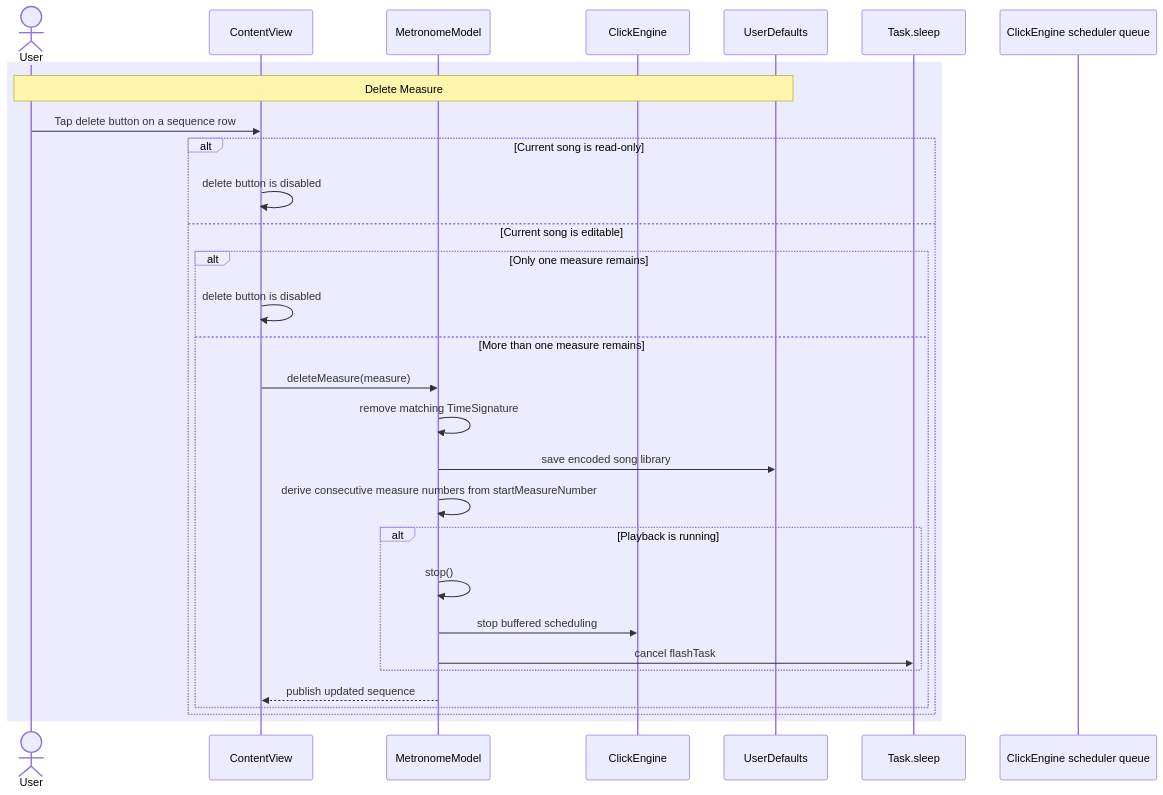
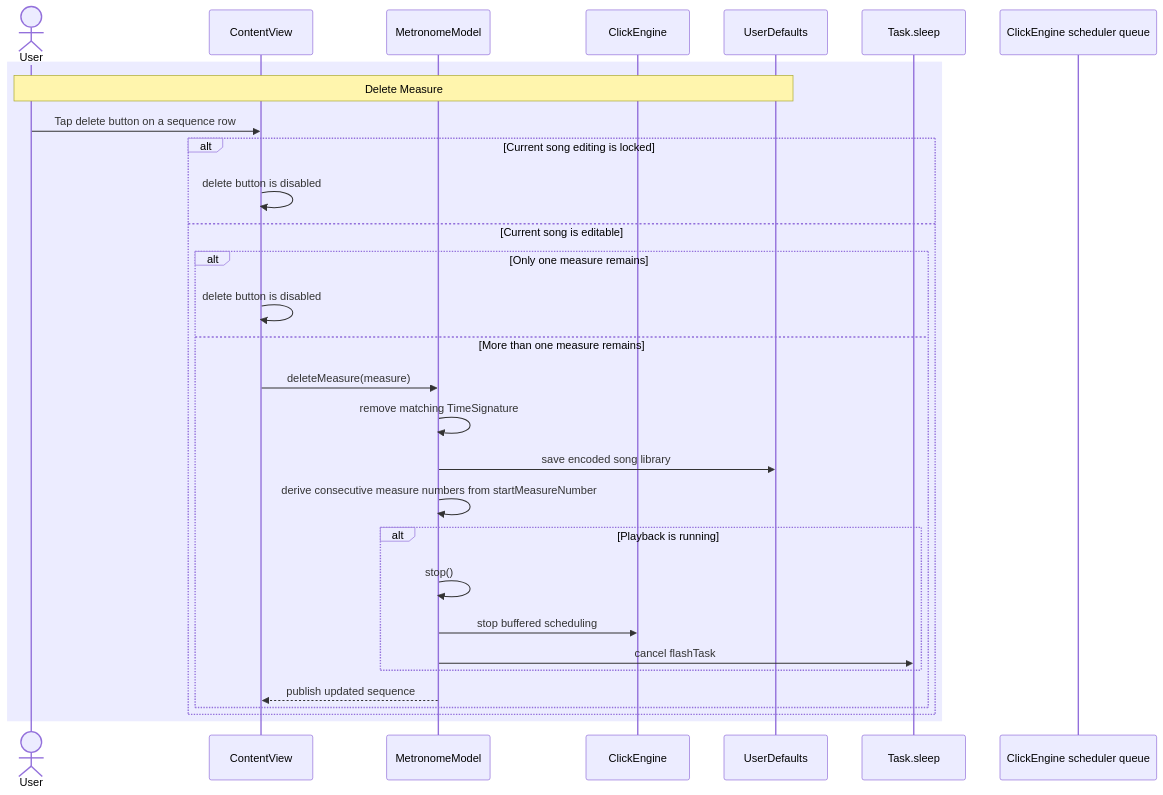
Before and after one commit to pieterlambers/irregular-measure-metronome: the fifth of 5 diagrams in docs/subdocument/USER_ACTION_SEQUENCE.md, drawn with Mermaid. The commit also changed other lines of this file and 12 other files, not shown here.

````diff
--- a/docs/subdocument/USER_ACTION_SEQUENCE.md
+++ b/docs/subdocument/USER_ACTION_SEQUENCE.md
@@ -335,33 +324,33 @@
 ```mermaid
 sequenceDiagram
     actor User
     participant View as ContentView
     participant Model as MetronomeModel
     participant Engine as ClickEngine
     participant Defaults as UserDefaults
     participant Timer as Task.sleep
     participant Queue as ClickEngine scheduler queue
 
     rect rgb(236, 236, 255)
         Note over User,Defaults: Delete Measure
         User->>View: Tap delete button on a sequence row
-        alt Current song is read-only
+        alt Current song editing is locked
             View->>View: delete button is disabled
         else Current song is editable
             alt Only one measure remains
                 View->>View: delete button is disabled
             else More than one measure remains
                 View->>Model: deleteMeasure(measure)
                 Model->>Model: remove matching TimeSignature
                 Model->>Defaults: save encoded song library
                 Model->>Model: derive consecutive measure numbers from startMeasureNumber
                 alt Playback is running
                     Model->>Model: stop()
                     Model->>Engine: stop buffered scheduling
                     Model->>Timer: cancel flashTask
                 end
                 Model-->>View: publish updated sequence
             end
         end
     end
 ```
````
